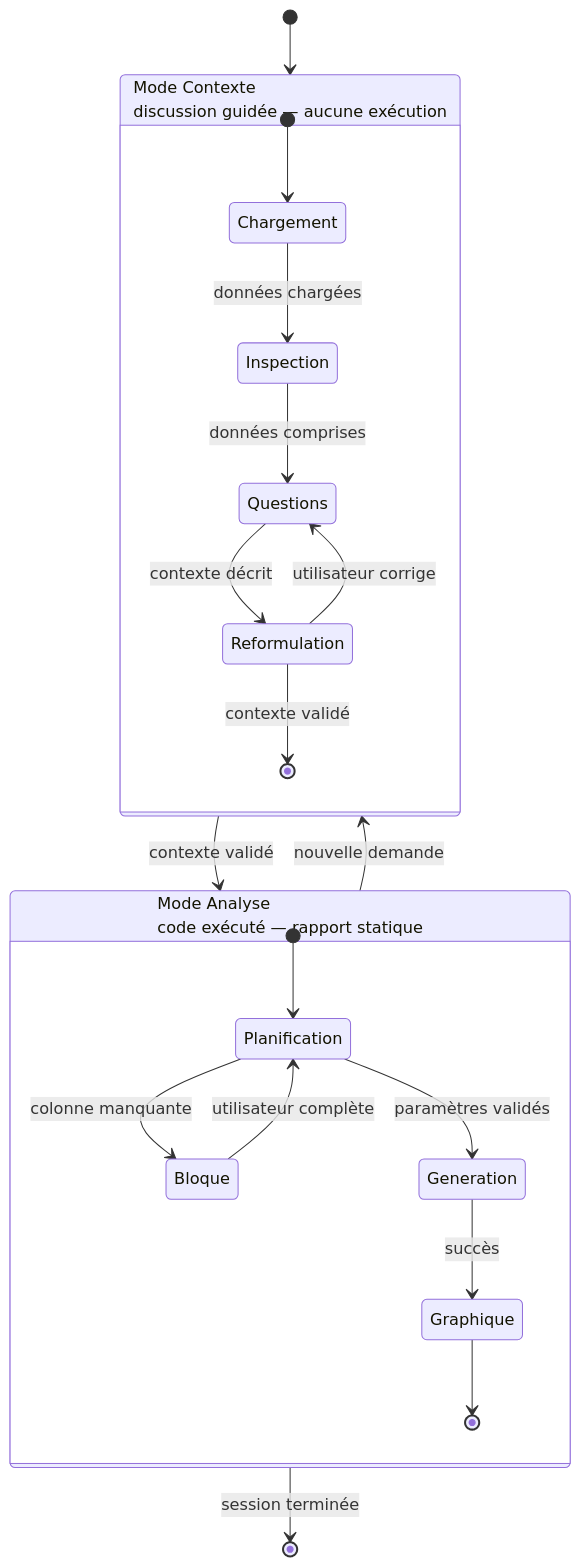
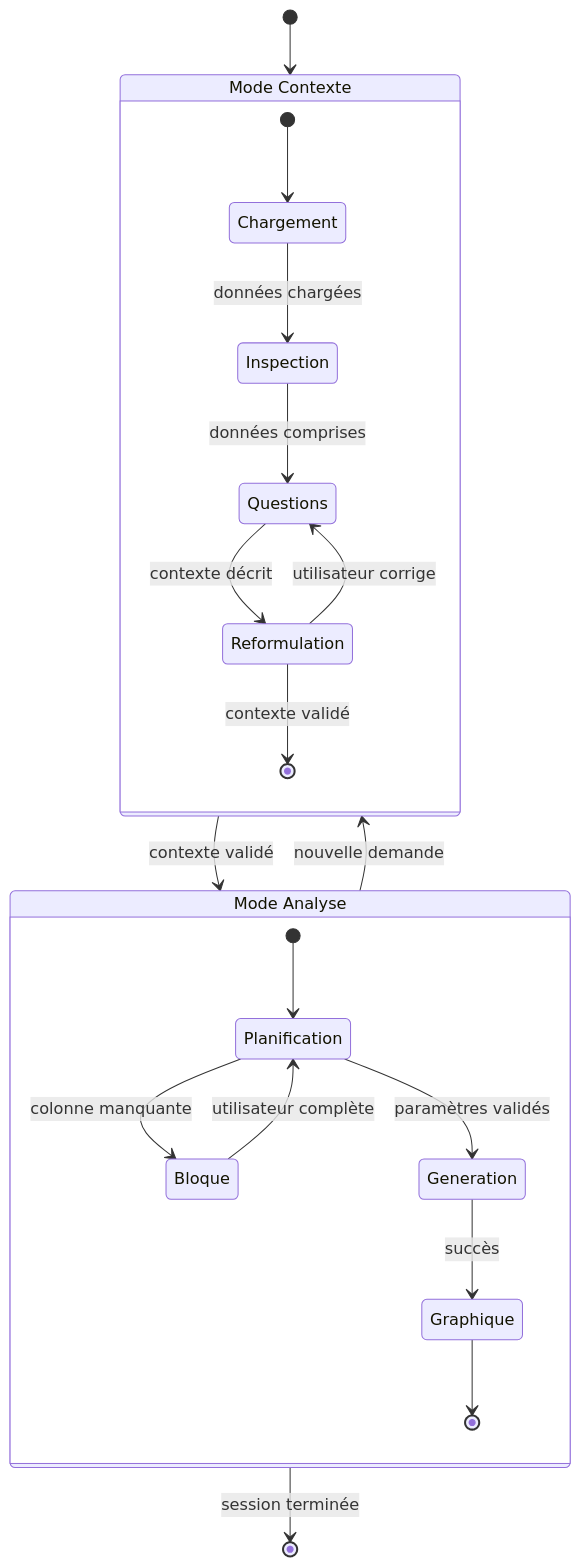
Before and after one commit to TidianeCisse777/assistant-copepodes-specs: the first of 3 diagrams in docs/PRD_IDEA_copepod.md, drawn with Mermaid. The commit also changed 1 other file, not shown here.

Commit message:
docs: fix black dot in state labels — remove \n from mermaid stateDiagram names

````diff
--- a/docs/PRD_IDEA_copepod.md
+++ b/docs/PRD_IDEA_copepod.md
@@ -87,26 +87,26 @@
 ```mermaid
 stateDiagram-v2
     [*] --> MC
 
-    state "Mode Contexte\ndiscussion guidée — aucune exécution" as MC {
+    state "Mode Contexte" as MC {
         [*] --> Chargement
         Chargement --> Inspection : données chargées
         Inspection --> Questions : données comprises
         Questions --> Reformulation : contexte décrit
         Reformulation --> Questions : utilisateur corrige
         Reformulation --> [*] : contexte validé
     }
 
-    state "Mode Analyse\ncode exécuté — rapport statique" as MA {
+    state "Mode Analyse" as MA {
         [*] --> Planification
         Planification --> Bloque : colonne manquante
         Bloque --> Planification : utilisateur complète
         Planification --> Generation : paramètres validés
         Generation --> Graphique : succès
         Graphique --> [*]
     }
 
     MC --> MA : contexte validé
     MA --> MC : nouvelle demande
     MA --> [*] : session terminée
 ```
````
